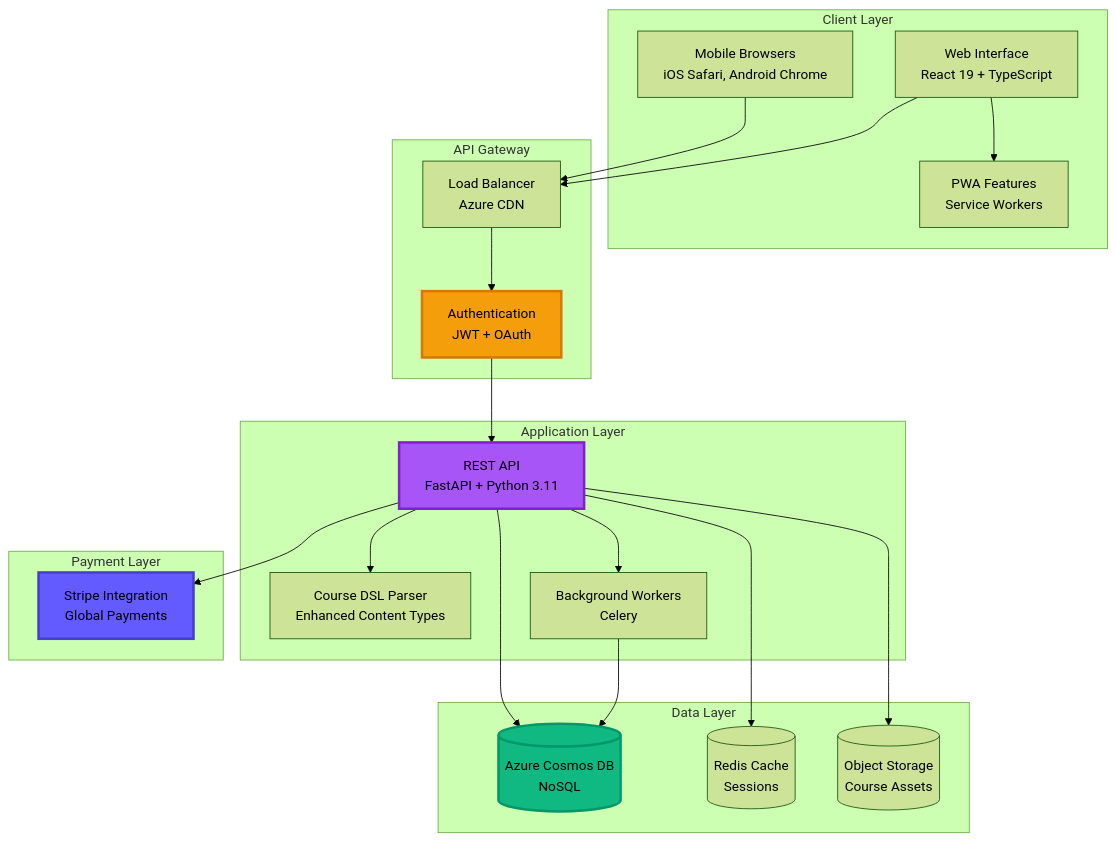
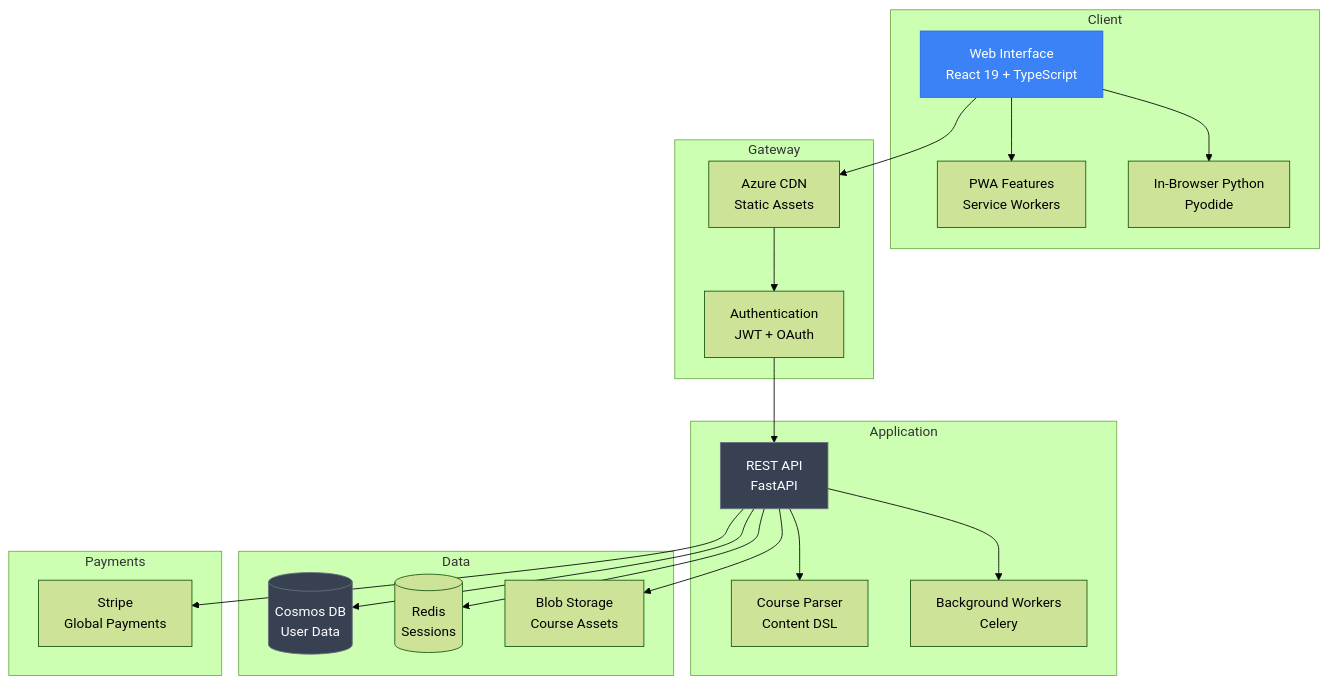
Before and after one commit to THEDIFY/THEDIFY: the first of 2 diagrams in projects/MenTora/README.md, drawn with Mermaid (forest theme). The commit also changed other lines of this file and 9 other files, not shown here.

````diff
--- a/projects/MenTora/README.md
+++ b/projects/MenTora/README.md
@@ -160,47 +123,46 @@
 ```mermaid
 graph TB
-    subgraph "Client Layer"
+    subgraph Client
         UI[Web Interface<br/>React 19 + TypeScript]
         PWA[PWA Features<br/>Service Workers]
-        Mobile[Mobile Browsers<br/>iOS Safari, Android Chrome]
+        Pyodide[In-Browser Python<br/>Pyodide]
     end
     
-    subgraph "API Gateway"
-        LB[Load Balancer<br/>Azure CDN]
+    subgraph Gateway
+        CDN[Azure CDN<br/>Static Assets]
         Auth[Authentication<br/>JWT + OAuth]
     end
     
-    subgraph "Application Layer"
-        API[REST API<br/>FastAPI + Python 3.11]
-        DSL[Course DSL Parser<br/>Enhanced Content Types]
+    subgraph Application
+        API[REST API<br/>FastAPI]
+        DSL[Course Parser<br/>Content DSL]
         Worker[Background Workers<br/>Celery]
     end
     
-    subgraph "Data Layer"
-        DB[(Azure Cosmos DB<br/>NoSQL)]
-        Cache[(Redis Cache<br/>Sessions)]
-        Storage[(Object Storage<br/>Course Assets)]
+    subgraph Data
+        DB[(Cosmos DB<br/>User Data)]
+        Cache[(Redis<br/>Sessions)]
+        Storage[Blob Storage<br/>Course Assets]
     end
     
-    subgraph "Payment Layer"
-        Stripe[Stripe Integration<br/>Global Payments]
+    subgraph Payments
+        Stripe[Stripe<br/>Global Payments]
     end
     
     UI --> PWA
-    Mobile --> LB
-    UI --> LB
-    LB --> Auth
+    UI --> Pyodide
+    UI --> CDN
+    CDN --> Auth
     Auth --> API
+    
     API --> DSL
     API --> Worker
     API --> DB
     API --> Cache
     API --> Storage
     API --> Stripe
-    Worker --> DB
     
-    style API fill:#A855F7,stroke:#7E22CE,stroke-width:3px
-    style DB fill:#10B981,stroke:#059669,stroke-width:3px
-    style Auth fill:#F59E0B,stroke:#D97706,stroke-width:3px
-    style Stripe fill:#635BFF,stroke:#463FCC,stroke-width:3px
+    style UI fill:#3b82f6,stroke:#2563eb,color:#fff
+    style API fill:#374151,stroke:#6b7280,color:#fff
+    style DB fill:#374151,stroke:#6b7280,color:#fff
 ```
````
